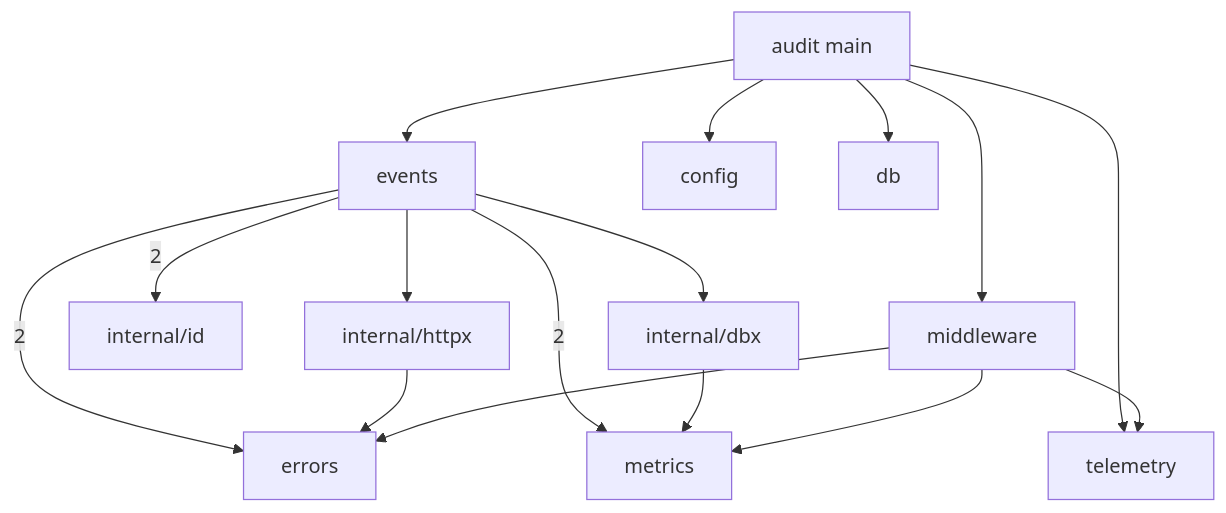
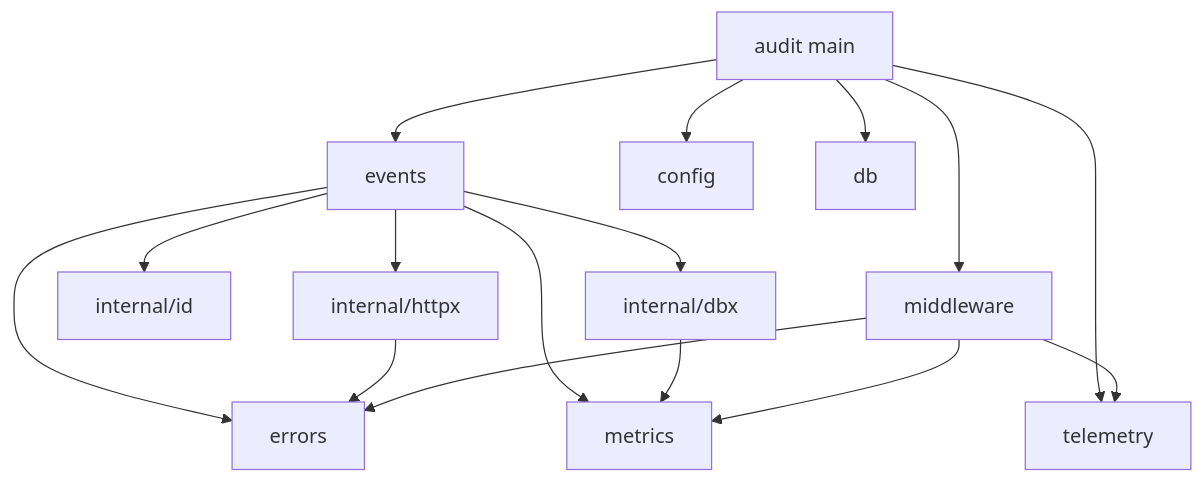
Before and after one commit to plat5dev/plat5: the fifth of 5 diagrams in docs/internals/module-map.md, drawn with Mermaid. The commit also changed other lines of this file and 1 other file, not shown here.

````diff
--- a/docs/internals/module-map.md
+++ b/docs/internals/module-map.md
@@ -136,13 +78,8 @@
 ```mermaid
 flowchart TD
-  main[audit main] --> events
-  main --> config & db & middleware & telemetry
-  events -->|2| errors
-  events -->|2| metrics
-  events -->|2| id[internal/id]
-  events --> dbx[internal/dbx]
-  events --> httpx[internal/httpx]
+  main[audit main] --> events & config & db & middleware & telemetry
+  events --> errors & metrics & id[internal/id] & dbx[internal/dbx] & httpx[internal/httpx]
   dbx --> metrics
   httpx --> errors
   middleware --> errors & metrics & telemetry
 ```
````
